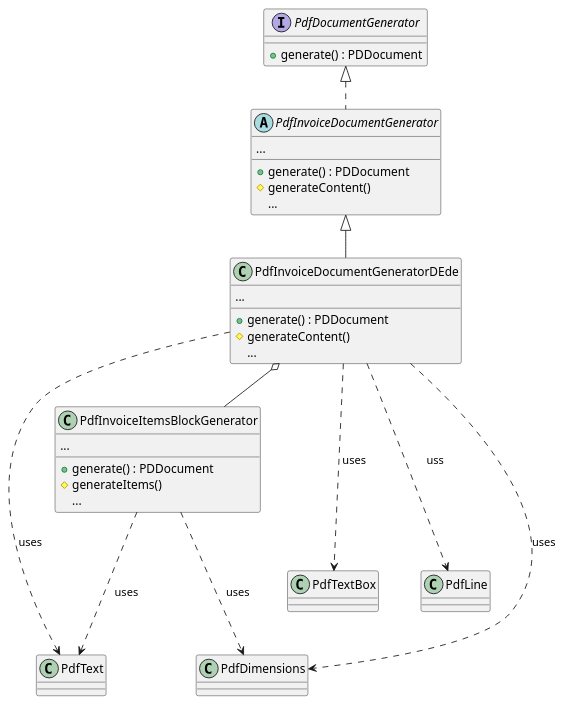
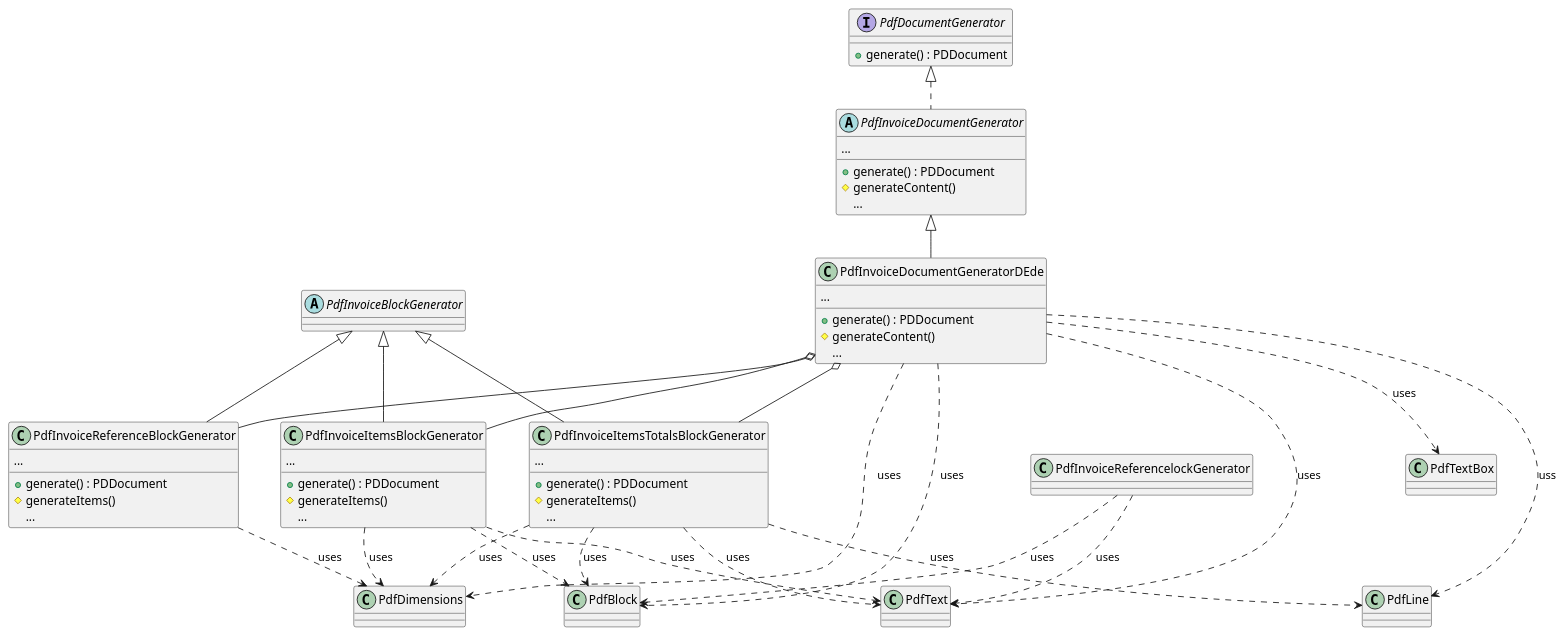
The diagram in src/main/java/com/jovisco/invoicing/pdf/diagrams/PdfInvoiceDocumentGenerator.puml (joheiss/java-pdfdoc-playground), drawn with PlantUML before and after one commit. The commit also changed 15 other files, not shown here.

```diff
--- a/src/main/java/com/jovisco/invoicing/pdf/diagrams/PdfInvoiceDocumentGenerator.puml
+++ b/src/main/java/com/jovisco/invoicing/pdf/diagrams/PdfInvoiceDocumentGenerator.puml
@@ -1,38 +1,65 @@
 @startuml
 skinparam nodesep 50
 skinparam ranksep 50
 skinparam class {
   BackgroundColor<<interface>> #ffccff
   BackgroundColor<<abstract>> #ccccff
 }
 
 interface PdfDocumentGenerator {
     + generate() : PDDocument
 }
 abstract class PdfInvoiceDocumentGenerator implements PdfDocumentGenerator {
     ...
     + generate() : PDDocument
     # generateContent()
     {method} ...
 }
 class PdfInvoiceDocumentGeneratorDEde extends PdfInvoiceDocumentGenerator {
     ...
     + generate() : PDDocument
     # generateContent()
     {method} ...
 }
-class PdfInvoiceItemsBlockGenerator {
-...
-    + generate() : PDDocument
-    # generateItems()
-    {method} ...
+together {
+    abstract class PdfInvoiceBlockGenerator {}
+
+    class PdfInvoiceReferenceBlockGenerator extends PdfInvoiceBlockGenerator {
+        ...
+            + generate() : PDDocument
+            # generateItems()
+            {method} ...
+    }
+    class PdfInvoiceItemsBlockGenerator extends PdfInvoiceBlockGenerator {
+    ...
+        + generate() : PDDocument
+        # generateItems()
+        {method} ...
+    }
+
+    class PdfInvoiceItemsTotalsBlockGenerator extends PdfInvoiceBlockGenerator{
+    ...
+        + generate() : PDDocument
+        # generateItems()
+        {method} ...
+    }
 }
-
-PdfInvoiceDocumentGeneratorDEde ...> PdfText : uses
-PdfInvoiceDocumentGeneratorDEde ...> PdfTextBox : uses
-PdfInvoiceDocumentGeneratorDEde ...> PdfLine : uss
-PdfInvoiceDocumentGeneratorDEde ...> PdfDimensions : uses
+PdfInvoiceDocumentGeneratorDEde .d.> PdfBlock : uses
+PdfInvoiceDocumentGeneratorDEde .d.> PdfText : uses
+PdfInvoiceDocumentGeneratorDEde .d.> PdfTextBox : uses
+PdfInvoiceDocumentGeneratorDEde .d.> PdfLine : uss
+PdfInvoiceDocumentGeneratorDEde .d.> PdfDimensions : uses
+PdfInvoiceDocumentGeneratorDEde o-- PdfInvoiceReferenceBlockGenerator
 PdfInvoiceDocumentGeneratorDEde o-- PdfInvoiceItemsBlockGenerator
-PdfInvoiceItemsBlockGenerator ...> PdfText : uses
-PdfInvoiceItemsBlockGenerator ...> PdfDimensions : uses
+PdfInvoiceDocumentGeneratorDEde o-- PdfInvoiceItemsTotalsBlockGenerator
+PdfInvoiceReferencelockGenerator .d.> PdfBlock : uses
+PdfInvoiceReferencelockGenerator .d.> PdfText : uses
+PdfInvoiceReferenceBlockGenerator .d.> PdfDimensions : uses
+PdfInvoiceItemsBlockGenerator .d.> PdfBlock : uses
+PdfInvoiceItemsBlockGenerator .d.> PdfText : uses
+PdfInvoiceItemsBlockGenerator .d.> PdfDimensions : uses
+PdfInvoiceItemsTotalsBlockGenerator .d.> PdfBlock : uses
+PdfInvoiceItemsTotalsBlockGenerator .d.> PdfText : uses
+PdfInvoiceItemsTotalsBlockGenerator .d.> PdfLine : uses
+PdfInvoiceItemsTotalsBlockGenerator .d.> PdfDimensions : uses
 @enduml
```
